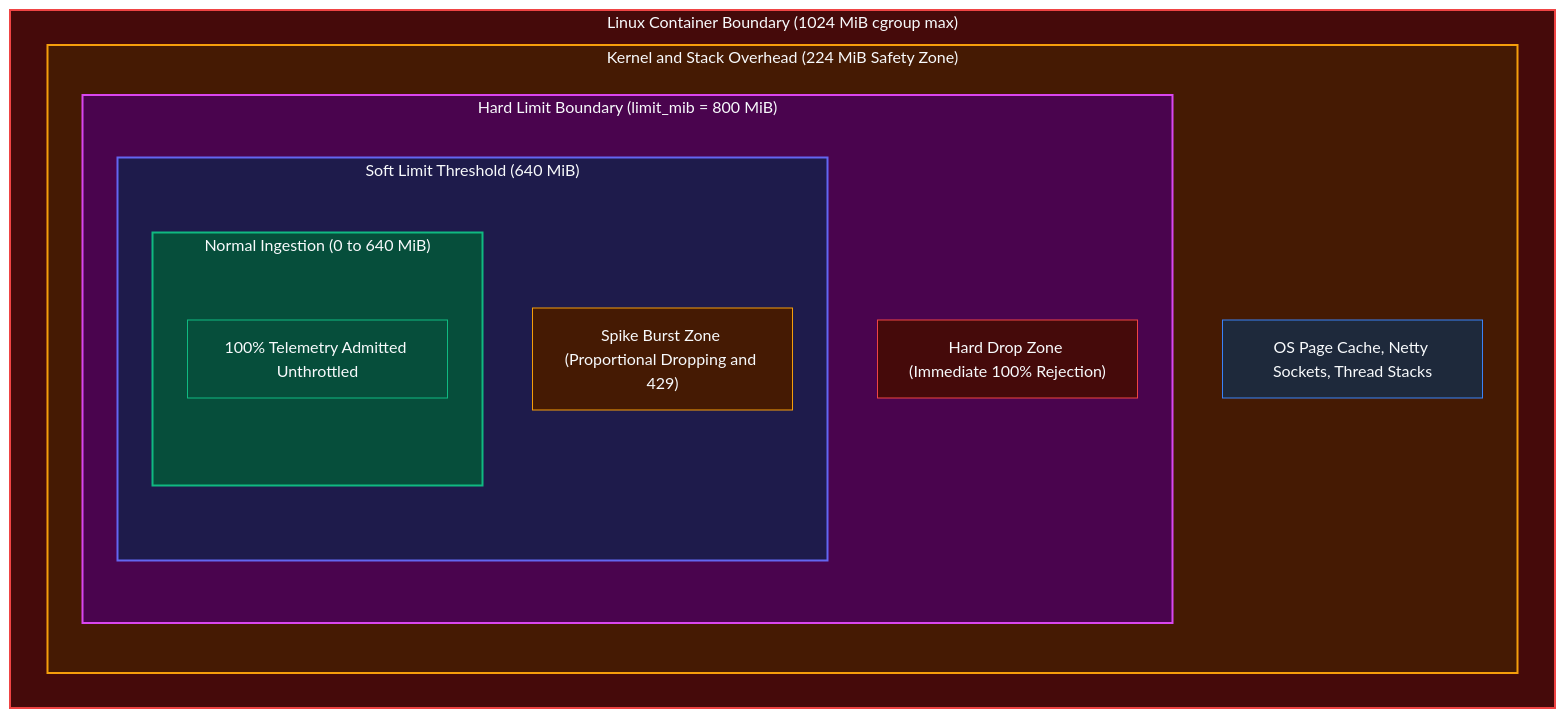
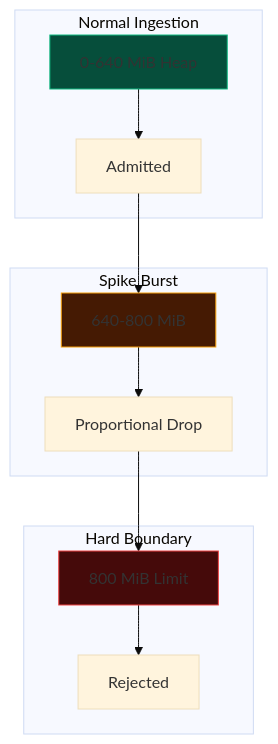
Before and after one commit to Chief-Strategist-J/llm-obs-infra: the fifth of 22 diagrams in docs/configDoc/otel-collector-configuration-guide.md, drawn with Mermaid (base theme). The commit also changed other lines of this file, not shown here.

Commit message:
fix(docs): resolve all Mermaid diagram syntax and layout rendering issues in otel configuration guide

````diff
--- a/docs/configDoc/otel-collector-configuration-guide.md
+++ b/docs/configDoc/otel-collector-configuration-guide.md
@@ -792,27 +800,27 @@
 ```mermaid
 graph TD
-    subgraph ContainerCeiling ["Linux Container Boundary (1024 MiB cgroup max)"]
-        subgraph OSBuffer ["Kernel and Stack Overhead (224 MiB Safety Zone)"]
-            subgraph HardLimitZone ["Hard Limit Boundary (limit_mib = 800 MiB)"]
-                subgraph SoftLimitZone ["Soft Limit Threshold (640 MiB)"]
-                    subgraph NormalZone ["Normal Ingestion (0 to 640 MiB)"]
-                        SpansPass["100% Telemetry Admitted Unthrottled"]
-                    end
-                    SpansSoft["Spike Burst Zone (Proportional Dropping and 429)"]
-                end
-                SpansHard["Hard Drop Zone (Immediate 100% Rejection)"]
-            end
-            NonHeap["OS Page Cache, Netty Sockets, Thread Stacks"]
-        end
+    subgraph Tier1 ["Normal Ingestion"]
+        NormalQuota["0-640 MiB Heap"]
+        SpansPass["Admitted"]
+        NormalQuota --> SpansPass
     end
 
-    style ContainerCeiling fill:#450a0a,stroke:#ef4444,stroke-width:2px,color:#f8fafc
-    style OSBuffer fill:#451a03,stroke:#f59e0b,stroke-width:2px,color:#f8fafc
-    style HardLimitZone fill:#4a044e,stroke:#d946ef,stroke-width:2px,color:#f8fafc
-    style SoftLimitZone fill:#1e1b4b,stroke:#6366f1,stroke-width:2px,color:#f8fafc
-    style NormalZone fill:#064e3b,stroke:#10b981,stroke-width:2px,color:#f8fafc
-    style SpansPass fill:#064e3b,stroke:#10b981,stroke-width:1px,color:#f8fafc
-    style SpansSoft fill:#451a03,stroke:#f59e0b,stroke-width:1px,color:#f8fafc
-    style SpansHard fill:#450a0a,stroke:#ef4444,stroke-width:1px,color:#f8fafc
-    style NonHeap fill:#1e293b,stroke:#3b82f6,stroke-width:1px,color:#f8fafc
+    subgraph Tier2 ["Spike Burst"]
+        SoftQuota["640-800 MiB"]
+        SpansSoft["Proportional Drop"]
+        SoftQuota --> SpansSoft
+    end
+
+    subgraph Tier3 ["Hard Boundary"]
+        HardQuota["800 MiB Limit"]
+        SpansHard["Rejected"]
+        HardQuota --> SpansHard
+    end
+
+    SpansPass --> SoftQuota
+    SpansSoft --> HardQuota
+
+    style NormalQuota fill:#064e3b,stroke:#10b981
+    style SoftQuota fill:#451a03,stroke:#f59e0b
+    style HardQuota fill:#450a0a,stroke:#ef4444
 ```
````
